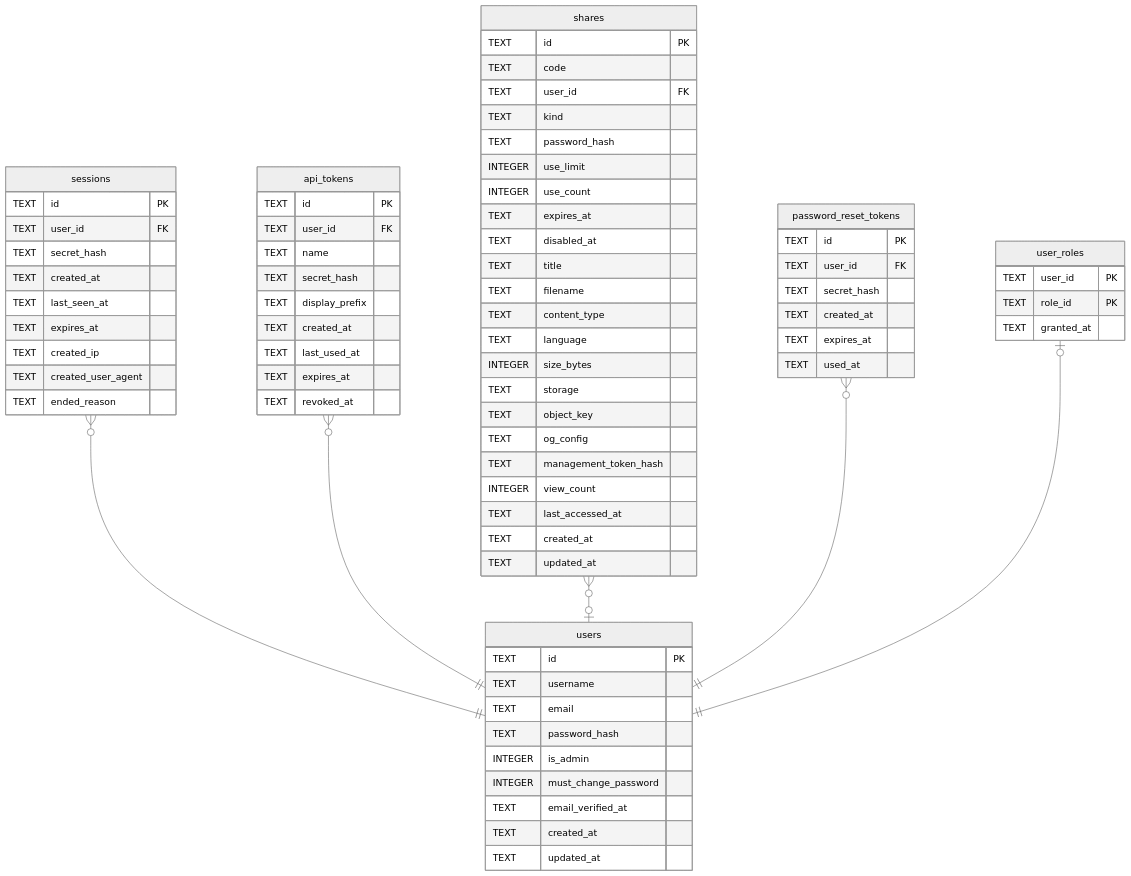
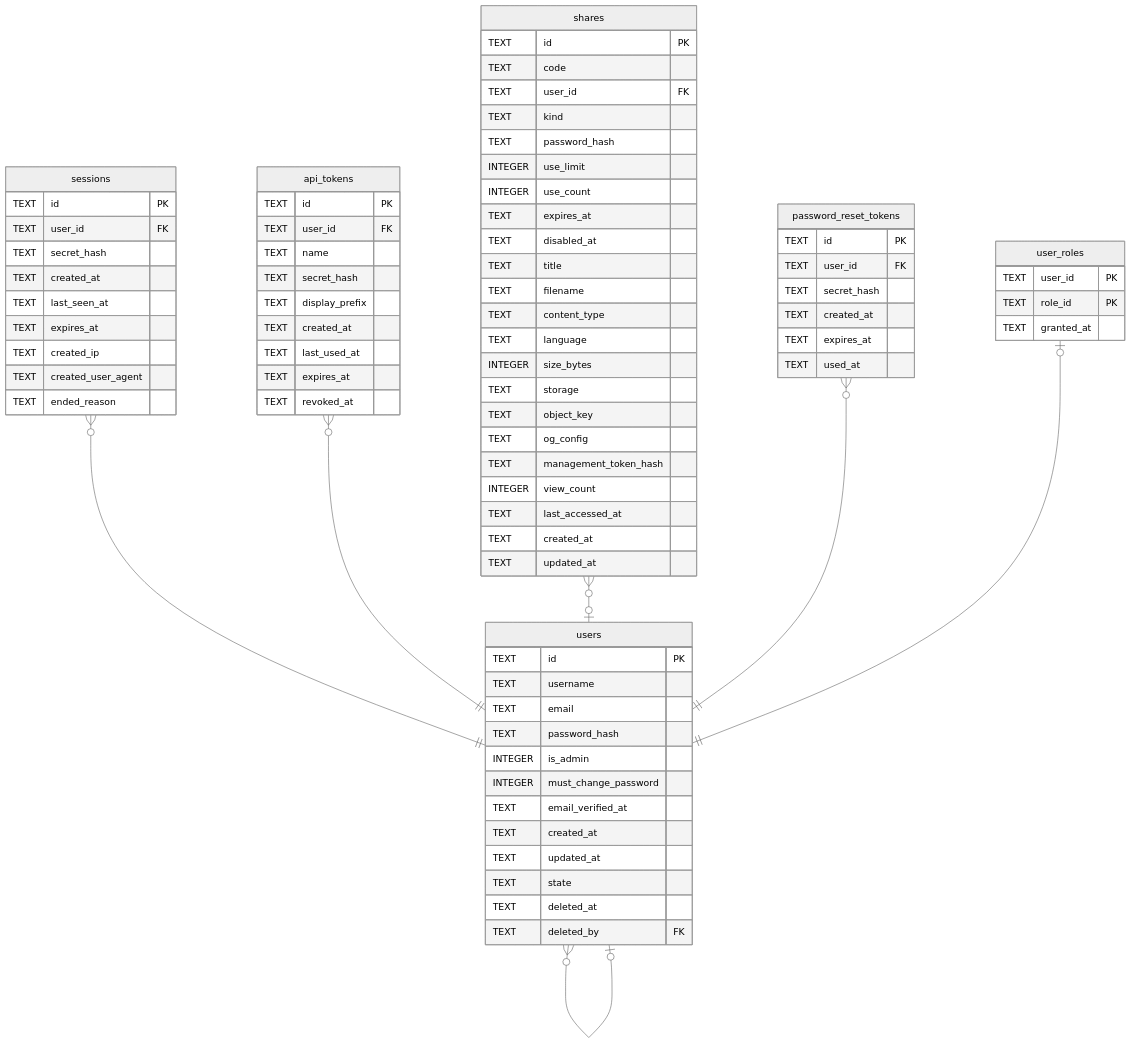
One commit to Limatura/tessera changed the diagram in docs/schema/users.md. Above: the diagram before and after it, drawn with Mermaid (neutral theme). The commit also changed other lines of this file and 27 other files, not shown here.

````diff
--- a/docs/schema/users.md
+++ b/docs/schema/users.md
@@ -64,6 +69,7 @@
 ```mermaid
 erDiagram
 
+"users" }o--o| "users" : ""
 "sessions" }o--|| "users" : ""
 "api_tokens" }o--|| "users" : ""
 "shares" }o--o| "users" : ""
@@ -80,6 +86,9 @@
   TEXT email_verified_at
   TEXT created_at
   TEXT updated_at
+  TEXT state
+  TEXT deleted_at
+  TEXT deleted_by FK
 }
 "sessions" {
   TEXT id PK
````
